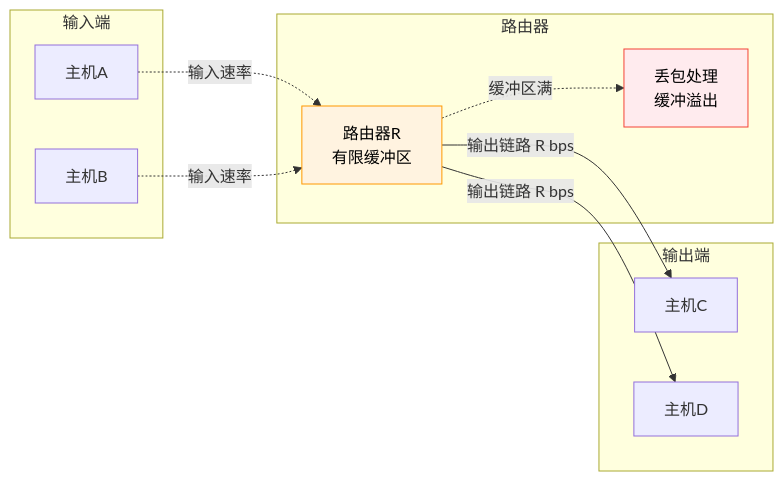
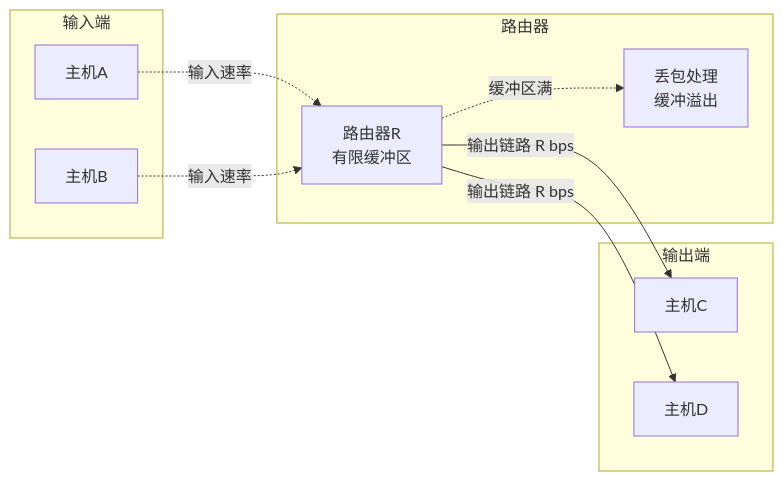
Before and after one commit to Dtheme/CS-base: the second of 9 diagrams in 计算机网络/3.6传输层：TCP拥塞控制.md, drawn with Mermaid. The commit also changed other lines of this file and 51 other files, not shown here.

````diff
--- a/计算机网络/3.6传输层：TCP拥塞控制.md
+++ b/计算机网络/3.6传输层：TCP拥塞控制.md
@@ -67,26 +65,23 @@
 ```mermaid
 graph LR
     subgraph "输入端"
         A[主机A]
         B[主机B]
     end
     
     subgraph "路由器"
         R[路由器R<br/>有限缓冲区]
         DROP[丢包处理<br/>缓冲溢出]
     end
     
     subgraph "输出端"
         C[主机C]
         D[主机D]
     end
     
     A -.->|输入速率| R
     B -.->|输入速率| R
     R -->|输出链路 R bps| C
     R -->|输出链路 R bps| D
     R -.->|缓冲区满| DROP
-    
-    style R fill:#fff3e0,stroke:#ff9800,color:#000000
-    style DROP fill:#ffebee,stroke:#f44336,color:#000000
 ```
````
